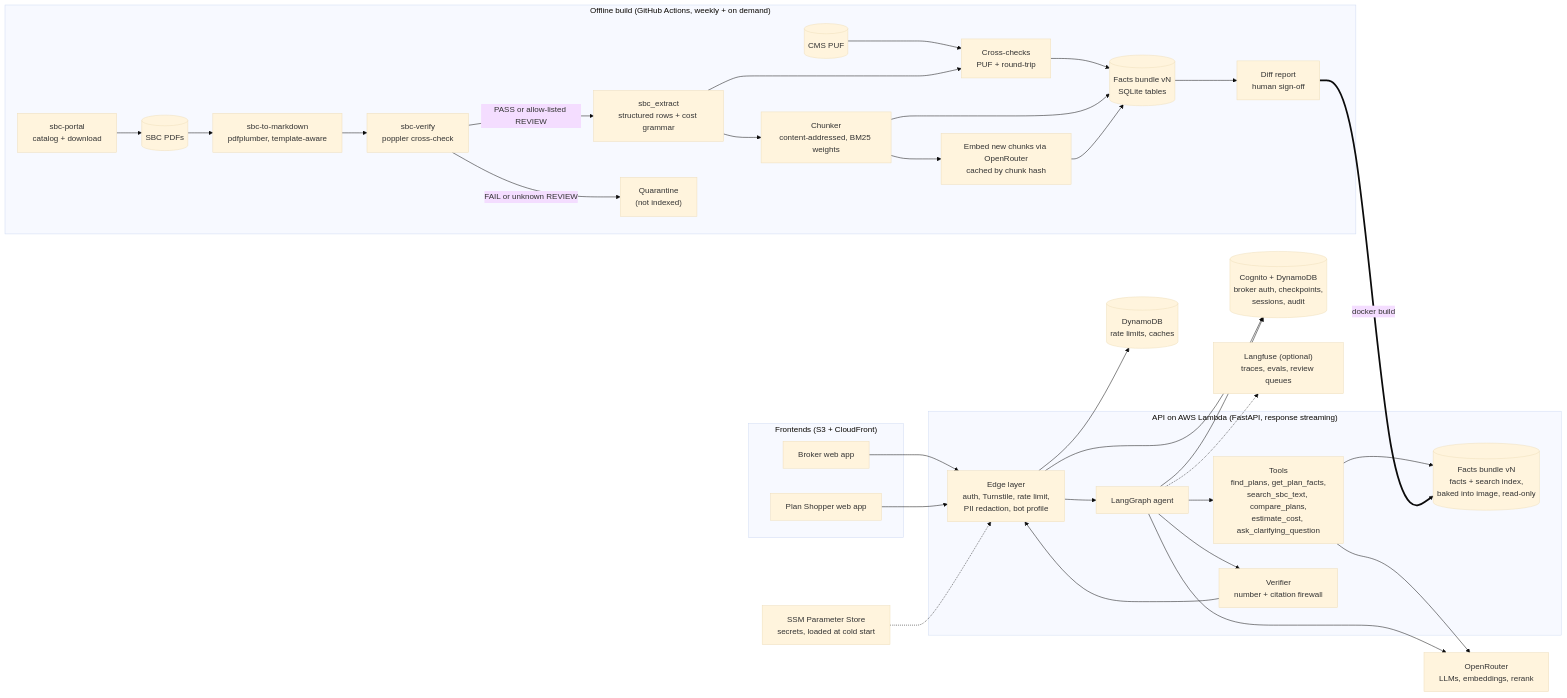
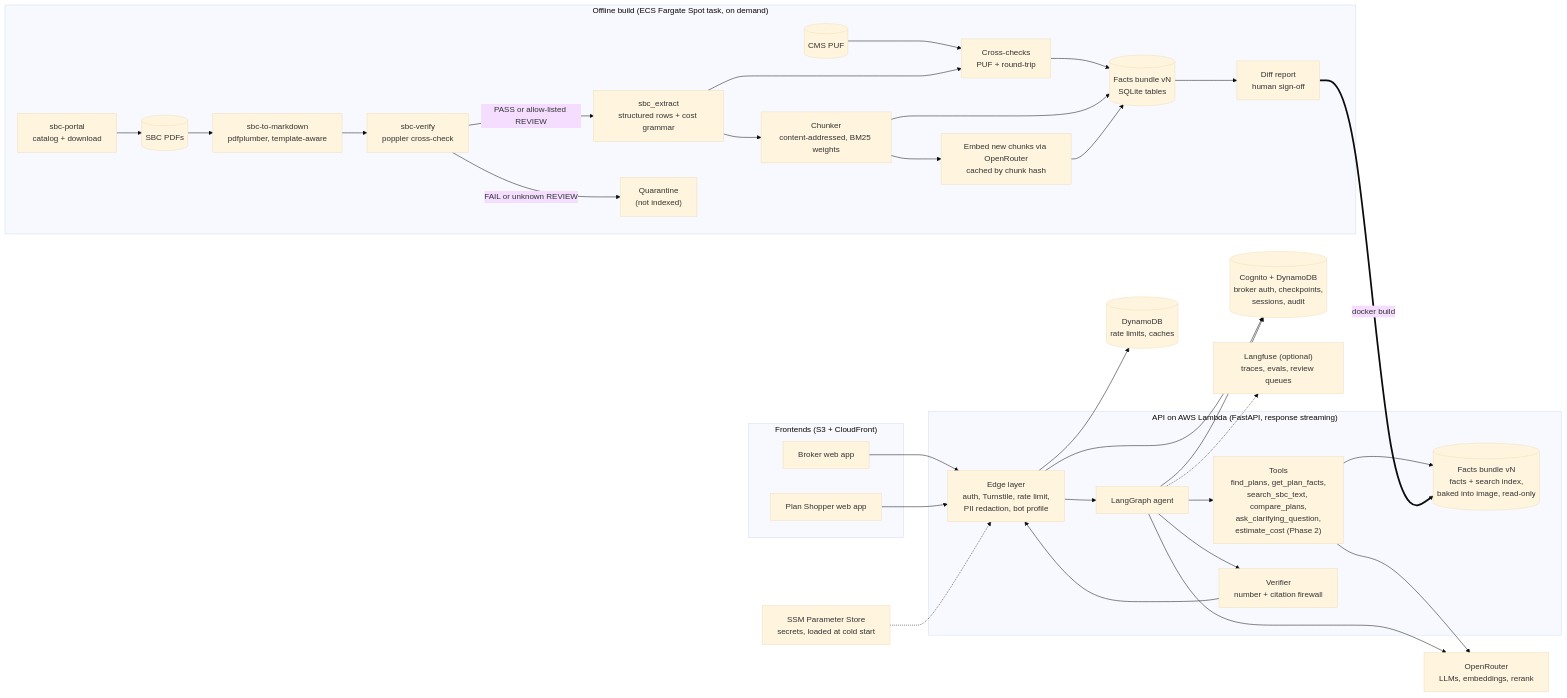
One commit to syamsruthin/sbc-agentic-rag changed the diagram in README.md. Above: the diagram before and after it, drawn with Mermaid (base theme). The commit also changed other lines of this file and 8 other files, not shown here.

````diff
--- a/README.md
+++ b/README.md
@@ -43,53 +43,53 @@
 ```mermaid
 flowchart LR
-  subgraph OFF["Offline build (GitHub Actions, weekly + on demand)"]
+  subgraph OFF["Offline build (ECS Fargate Spot task, on demand)"]
     PORTAL["sbc-portal<br/>catalog + download"] --> PDF[("SBC PDFs")]
     PDF --> CONV["sbc-to-markdown<br/>pdfplumber, template-aware"]
     CONV --> VER["sbc-verify<br/>poppler cross-check"]
     VER -->|"PASS or allow-listed REVIEW"| EXT["sbc_extract<br/>structured rows + cost grammar"]
     VER -->|"FAIL or unknown REVIEW"| Q["Quarantine<br/>(not indexed)"]
     PUFD[("CMS PUF")] --> XC["Cross-checks<br/>PUF + round-trip"]
     EXT --> XC
     XC --> FACTS[("Facts bundle vN<br/>SQLite tables")]
     FACTS --> DIFF["Diff report<br/>human sign-off"]
     EXT --> CHK["Chunker<br/>content-addressed, BM25 weights"]
     CHK --> EMB["Embed new chunks via OpenRouter<br/>cached by chunk hash"]
     CHK --> FACTS
     EMB --> FACTS
   end
 
   subgraph CLIENTS["Frontends (S3 + CloudFront)"]
     WB["Broker web app"]
     WP["Plan Shopper web app"]
   end
 
   subgraph RUN["API on AWS Lambda (FastAPI, response streaming)"]
     EDGE["Edge layer<br/>auth, Turnstile, rate limit,<br/>PII redaction, bot profile"]
     AGENT["LangGraph agent"]
-    TOOLS["Tools<br/>find_plans, get_plan_facts,<br/>search_sbc_text, compare_plans,<br/>estimate_cost, ask_clarifying_question"]
+    TOOLS["Tools<br/>find_plans, get_plan_facts,<br/>search_sbc_text, compare_plans,<br/>ask_clarifying_question,<br/>estimate_cost (Phase 2)"]
     VERIFY["Verifier<br/>number + citation firewall"]
     IDX[("Facts bundle vN<br/>facts + search index,<br/>baked into image, read-only")]
   end
 
   OR["OpenRouter<br/>LLMs, embeddings, rerank"]
   SB[("Cognito + DynamoDB<br/>broker auth, checkpoints,<br/>sessions, audit")]
   UP[("DynamoDB<br/>rate limits, caches")]
   LF["Langfuse (optional)<br/>traces, evals, review queues"]
   DP["SSM Parameter Store<br/>secrets, loaded at cold start"]
 
   WB --> EDGE
   WP --> EDGE
   EDGE --> AGENT
   AGENT --> TOOLS
   TOOLS --> IDX
   TOOLS --> OR
   AGENT --> OR
   AGENT --> VERIFY
   VERIFY --> EDGE
   EDGE --> UP
   EDGE --> SB
   AGENT --> SB
   AGENT -.-> LF
   DIFF ==>|"docker build"| IDX
   DP -.-> EDGE
 ```
````
